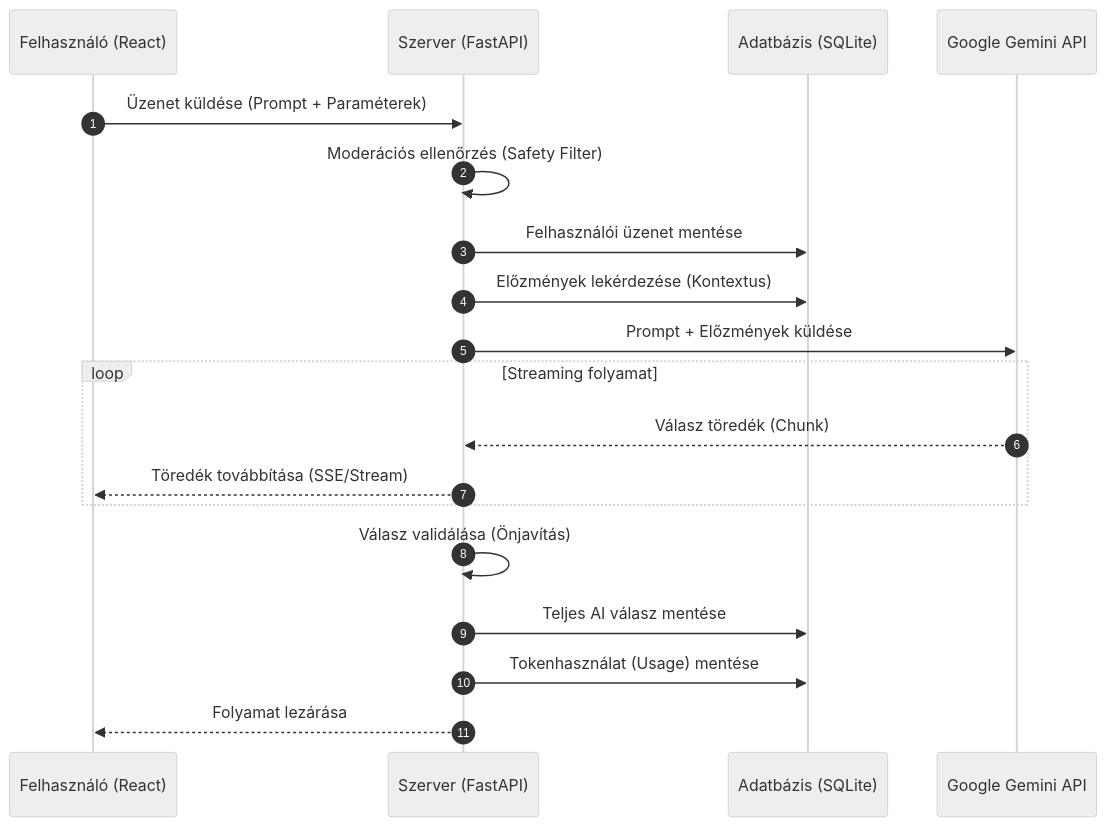
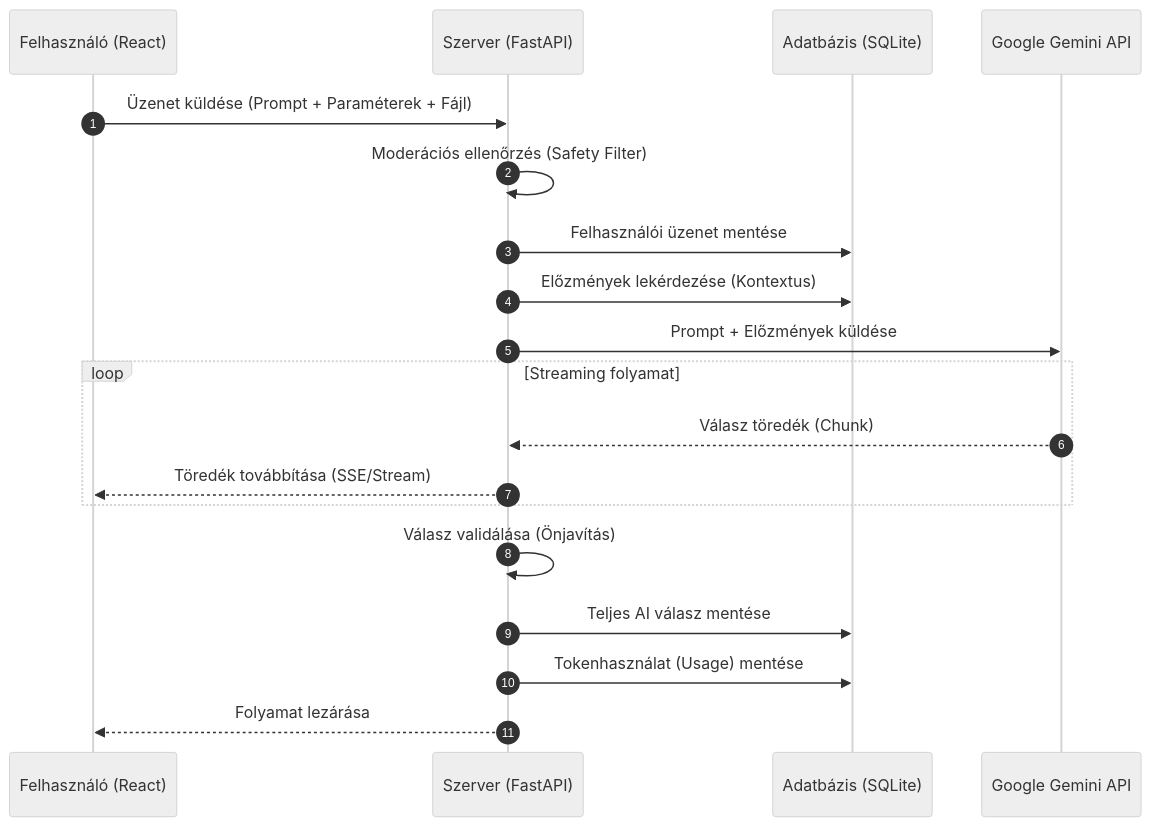
The second of 2 diagrams in readme.md (laszlokmobile-design/LLM_modellek_architekturaja), drawn with Mermaid (neutral theme) before and after one commit. The commit also changed other lines of this file, not shown here.

````diff
--- a/readme.md
+++ b/readme.md
@@ -122,24 +122,24 @@
 ```mermaid
 sequenceDiagram
     autonumber
     participant U as Felhasználó (React)
     participant S as Szerver (FastAPI)
     participant DB as Adatbázis (SQLite)
     participant AI as Google Gemini API
 
-    U->>S: Üzenet küldése (Prompt + Paraméterek)
+    U->>S: Üzenet küldése (Prompt + Paraméterek + Fájl)
     S->>S: Moderációs ellenőrzés (Safety Filter)
     S->>DB: Felhasználói üzenet mentése
     S->>DB: Előzmények lekérdezése (Kontextus)
     S->>AI: Prompt + Előzmények küldése
     
     loop Streaming folyamat
         AI-->>S: Válasz töredék (Chunk)
         S-->>U: Töredék továbbítása (SSE/Stream)
     end
 
     S->>S: Válasz validálása (Önjavítás)
     S->>DB: Teljes AI válasz mentése
     S->>DB: Tokenhasználat (Usage) mentése
     S-->>U: Folyamat lezárása
 ```
````
